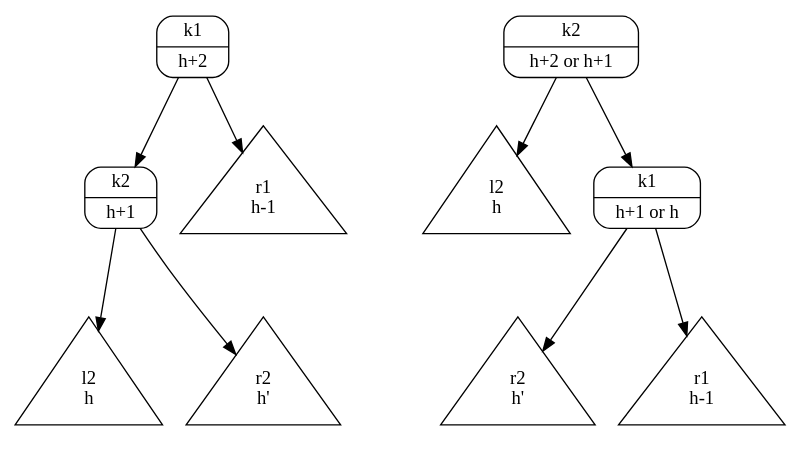
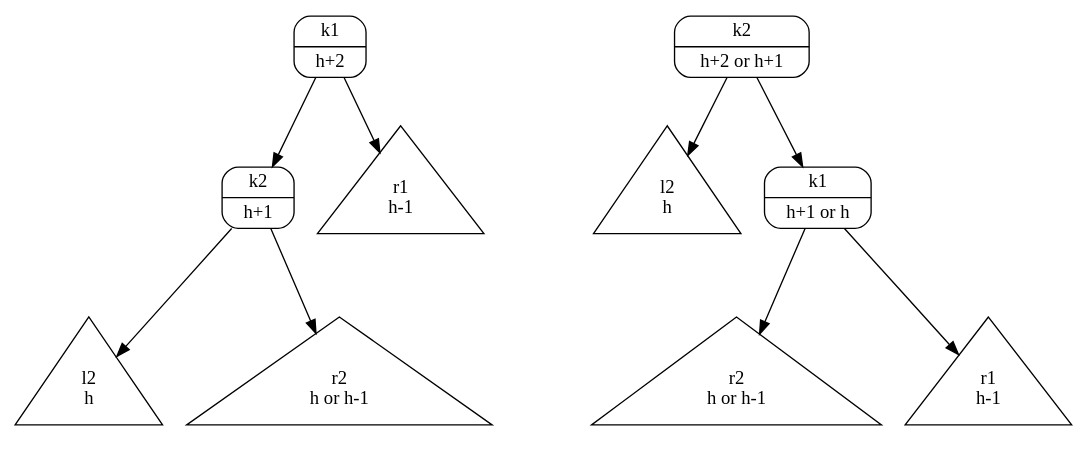
Before and after one commit to karlstroetmann/Algorithms: the diagram in Lecture-Notes/Abbildungen/casell.dot, drawn with Graphviz. The commit also changed 7 other files, not shown here.

Commit message:
figure updated

```diff
--- a/Lecture-Notes/Abbildungen/casell.dot
+++ b/Lecture-Notes/Abbildungen/casell.dot
@@ -1,22 +1,22 @@
 digraph G {
     node [ ordering = out ];
     p [ shape = Mrecord, label = "{ k1 | h+2 }" ];
     p -> l1;
     p -> r1;
     l1 [ shape = Mrecord, label = "{ k2 | h+1 }" ];
     r1 [ shape = triangle, label = " r1 \n h-1" ];
     l1 -> l2;
     l1 -> r2;
     l2 [ shape = triangle, label = " l2 \n h " ];
-    r2 [ shape = triangle, label = " r2 \n h' " ];
+    r2 [ shape = triangle, label = " r2 \n h or h-1 " ];
 
     pn [ shape = Mrecord, label = "{ k2 | h+2 or h+1 }" ];
     pn -> l1n;
     pn -> r1n;
     l1n [ shape = triangle, label = " l2 \n h" ];
     r1n [ shape = Mrecord, label = "{ k1 | h+1 or h }" ];
     r1n -> l2n;
     r1n -> r2n;
-    l2n [ shape = triangle, label = " r2 \n h'" ];
+    l2n [ shape = triangle, label = " r2 \n h or h-1" ];
     r2n [ shape = triangle, label = " r1 \n h-1" ];
 }
```
